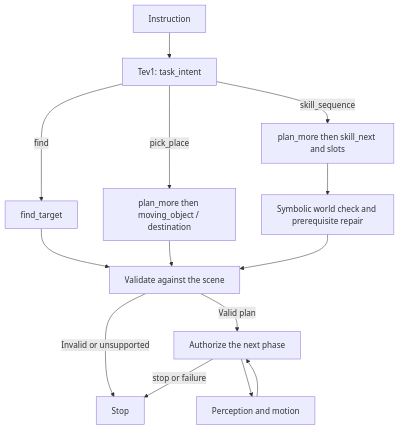
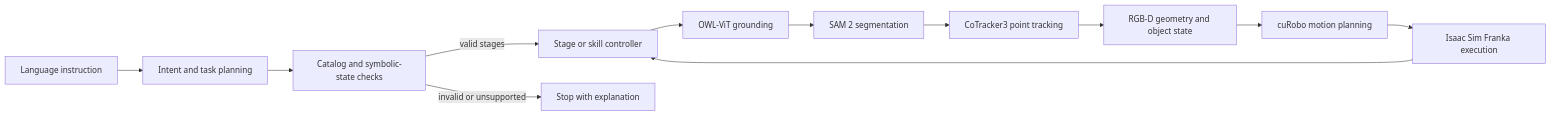
Before and after one commit to khuzema-h/pseudo_vla: the diagram in README.md, drawn with Mermaid. The commit also changed other lines of this file and 8 other files, not shown here.

````diff
--- a/README.md
+++ b/README.md
@@ -11,16 +25,14 @@
 ```mermaid
-flowchart TD
-    U[Instruction] --> I[Tev1: task_intent]
-    I -->|find| F[find_target]
-    I -->|pick_place| P[plan_more then moving_object / destination]
-    I -->|skill_sequence| S[plan_more then skill_next and slots]
-    F --> V[Validate against the scene]
-    P --> V
-    S --> W[Symbolic world check and prerequisite repair]
-    W --> V
-    V -->|Invalid or unsupported| E[Stop]
-    V -->|Valid plan| A[Authorize the next phase]
-    A --> X[Perception and motion]
-    X --> A
-    A -->|stop or failure| E
+flowchart LR
+    U[Language instruction] --> R[Intent and task planning]
+    R --> V[Catalog and symbolic-state checks]
+    V -->|valid stages| C[Stage or skill controller]
+    V -->|invalid or unsupported| X[Stop with explanation]
+    C --> G[OWL-ViT grounding]
+    G --> S[SAM 2 segmentation]
+    S --> T[CoTracker3 point tracking]
+    T --> D[RGB-D geometry and object state]
+    D --> M[cuRobo motion planning]
+    M --> F[Isaac Sim Franka execution]
+    F --> C
 ```
````
